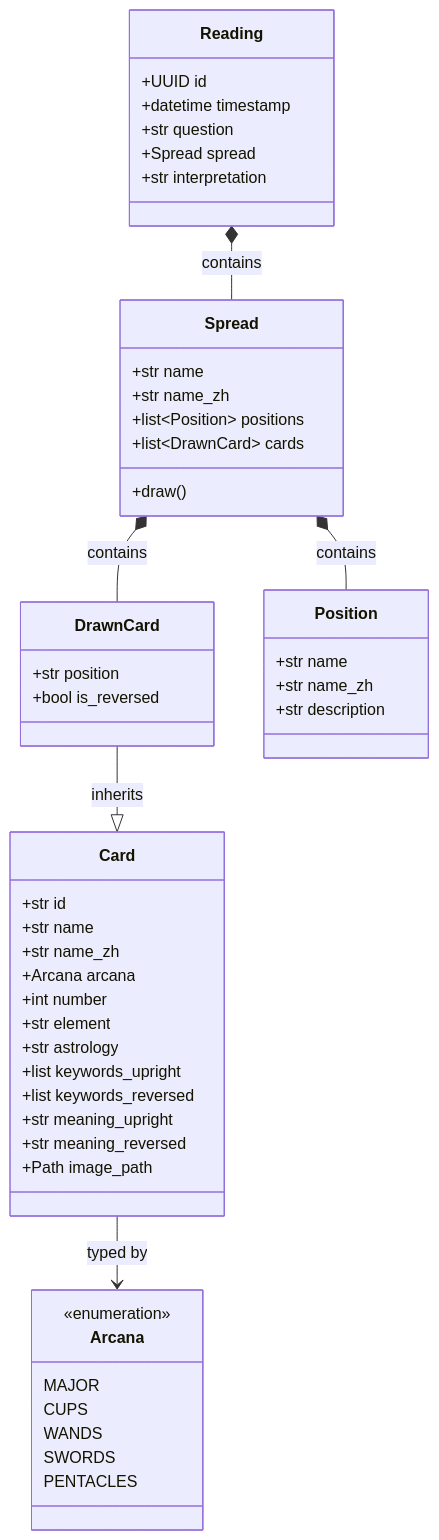
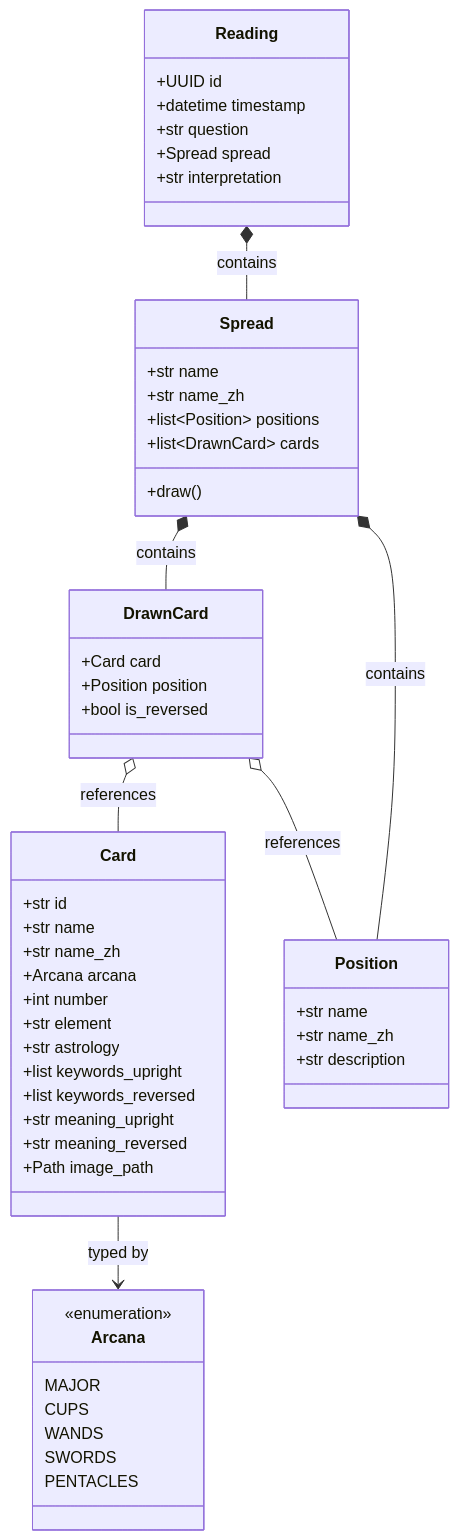
The fourth of 7 diagrams in docs/architecture.md (ce1an69/Nekomata), drawn with Mermaid before and after one commit. The commit also changed other lines of this file, not shown here.

````diff
--- a/docs/architecture.md
+++ b/docs/architecture.md
@@ -184,59 +211,61 @@
 ```mermaid
 classDiagram
     class Card {
         +str id
         +str name
         +str name_zh
         +Arcana arcana
         +int number
         +str element
         +str astrology
         +list keywords_upright
         +list keywords_reversed
         +str meaning_upright
         +str meaning_reversed
         +Path image_path
     }
 
     class DrawnCard {
-        +str position
+        +Card card
+        +Position position
         +bool is_reversed
     }
 
     class Spread {
         +str name
         +str name_zh
         +list~Position~ positions
         +list~DrawnCard~ cards
         +draw()
     }
 
     class Position {
         +str name
         +str name_zh
         +str description
     }
 
     class Reading {
         +UUID id
         +datetime timestamp
         +str question
         +Spread spread
         +str interpretation
     }
 
     class Arcana {
         <<enumeration>>
         MAJOR
         CUPS
         WANDS
         SWORDS
         PENTACLES
     }
 
-    DrawnCard --|> Card : inherits
+    DrawnCard o-- Card : references
+    DrawnCard o-- Position : references
     Spread *-- Position : contains
     Spread *-- DrawnCard : contains
     Reading *-- Spread : contains
     Card --> Arcana : typed by
 ```
````
